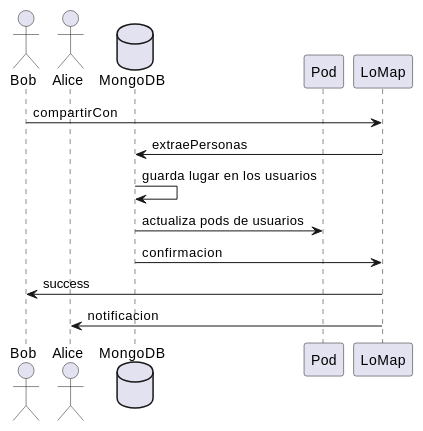
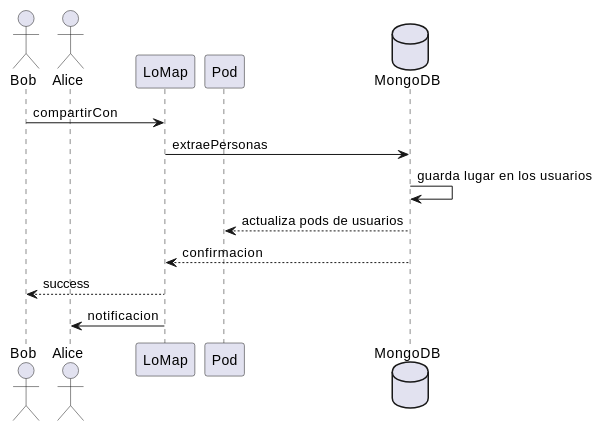
Before and after one commit to Arquisoft/lomap_es5b: the second of 3 diagrams in docs/06_runtime_view.adoc, drawn with PlantUML. The commit also changed other lines of this file and 1 other file, not shown here.

Commit message:
cambios en documentacion 6 y 10

```diff
--- a/docs/06_runtime_view.adoc
+++ b/docs/06_runtime_view.adoc
@@ -54,15 +54,15 @@
 [plantuml,"InteractiveMap_00",png]
 ----
 actor Bob
 actor Alice
+participant LoMap
+participant Pod
 database MongoDB
-participant Pod
-participant LoMap
 Bob -> LoMap: compartirCon
 LoMap -> MongoDB: extraePersonas
 MongoDB -> MongoDB: guarda lugar en los usuarios
-MongoDB -> Pod: actualiza pods de usuarios
-MongoDB -> LoMap: confirmacion
-LoMap -> Bob: success
+MongoDB --> Pod: actualiza pods de usuarios
+MongoDB --> LoMap: confirmacion
+LoMap --> Bob: success
 LoMap -> Alice: notificacion
 ----
```
